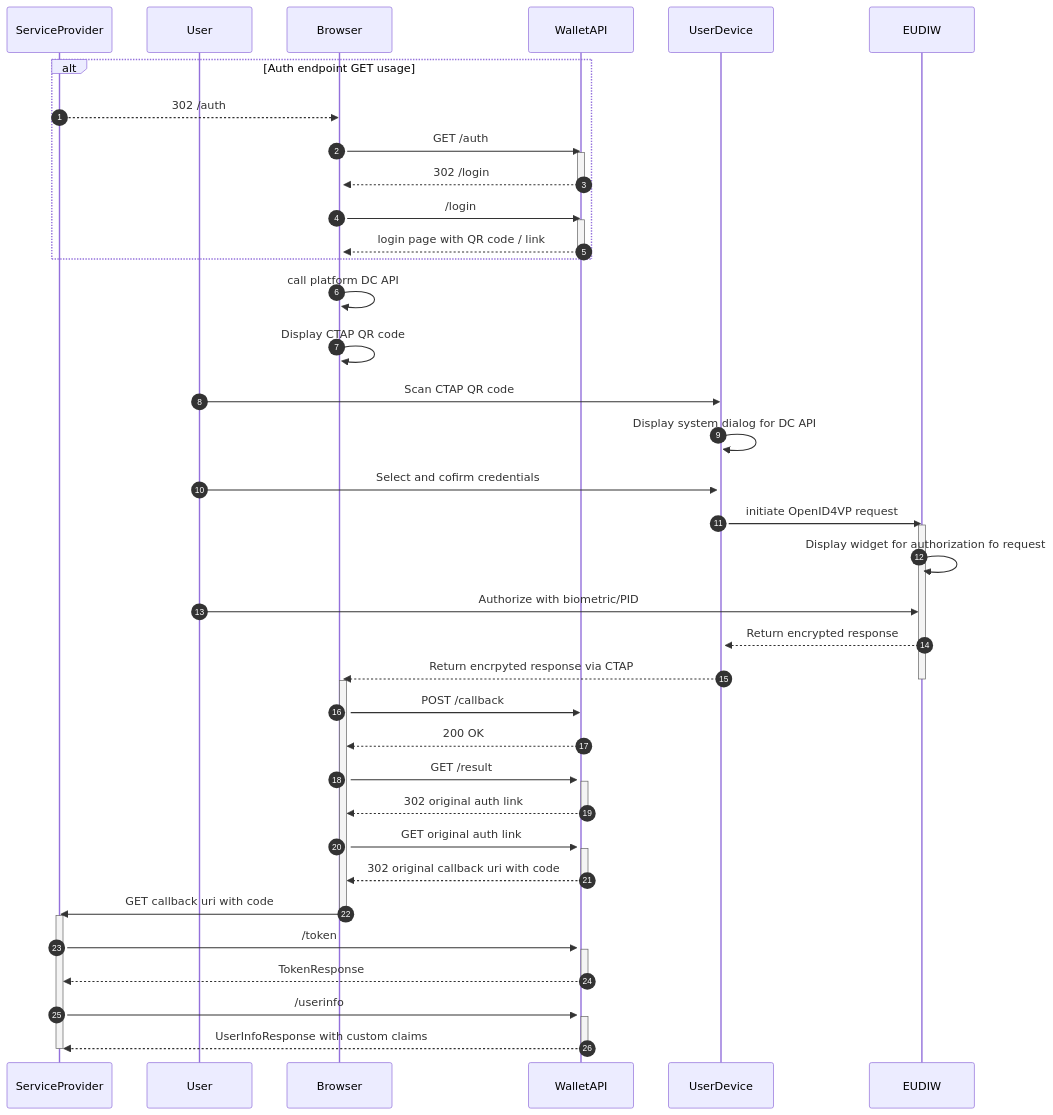
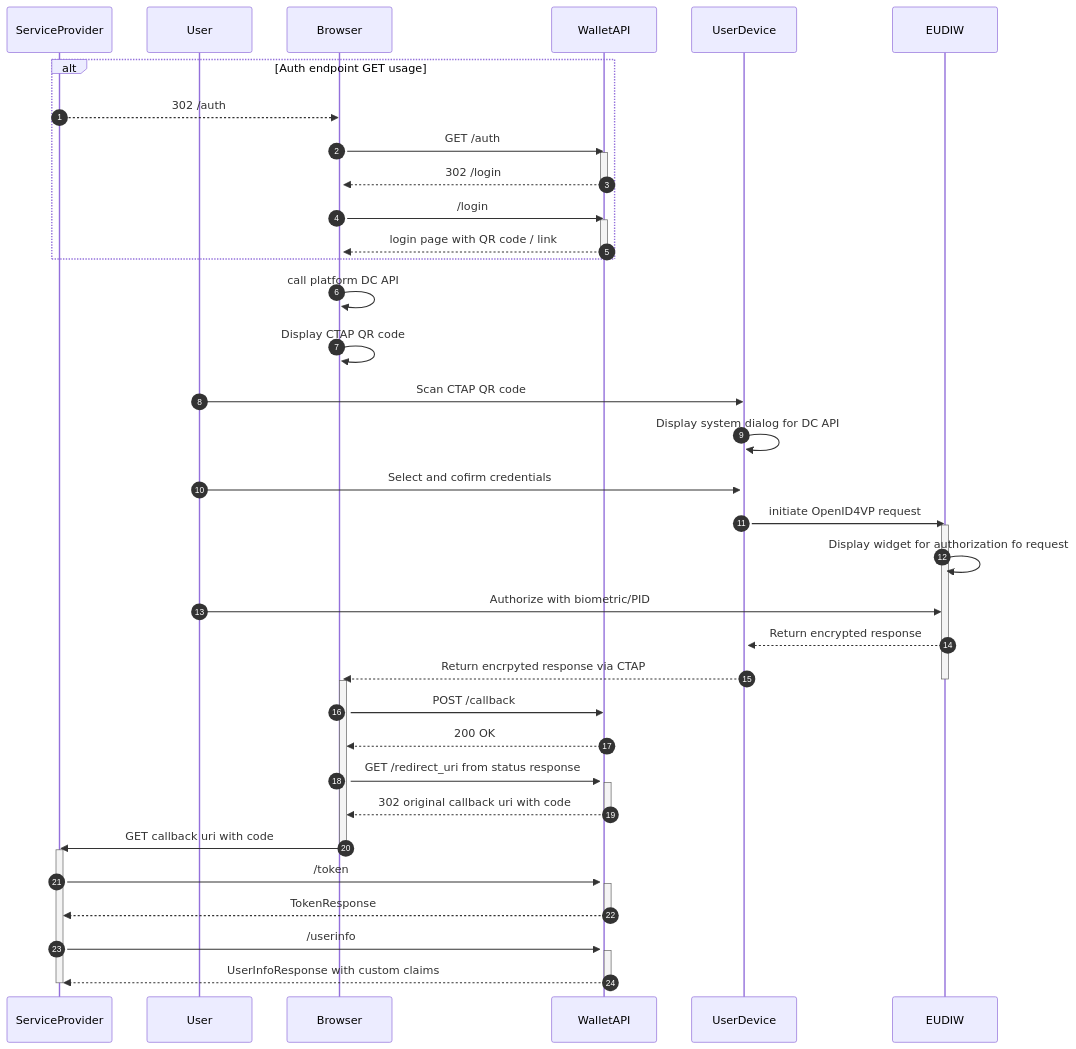
Before and after one commit to BankovniIdentita/wallet-api-docs: the diagram in docs/OpenID4VP_DCAPI_browser.mmd, drawn with Mermaid. The commit also changed 4 other files, not shown here.

Commit message:
Remove `/result` endpoint and update documentation to reflect `redirect_uri` handling improvements

```diff
--- a/docs/OpenID4VP_DCAPI_browser.mmd
+++ b/docs/OpenID4VP_DCAPI_browser.mmd
@@ -1,67 +1,58 @@
 sequenceDiagram
     autonumber
     participant ServiceProvider
     participant User
     participant Browser
     participant WalletAPI
     participant UserDevice
     participant EUDIW
 
     alt Auth endpoint GET usage
         ServiceProvider-->>Browser: 302 /auth
         activate Browser
         Browser->>WalletAPI: GET /auth
         activate WalletAPI
         WalletAPI-->>Browser: 302 /login
         deactivate WalletAPI
         Browser->>WalletAPI: /login
         activate WalletAPI
         WalletAPI-->>Browser: login page with QR code / link
         deactivate WalletAPI
 
     end
     Browser ->> Browser: call platform DC API
     Browser ->> Browser: Display CTAP QR code
     User ->> UserDevice: Scan CTAP QR code
     activate UserDevice
     UserDevice ->> UserDevice: Display system dialog for DC API
     User ->> UserDevice: Select and cofirm credentials
     UserDevice ->> EUDIW: initiate OpenID4VP request
     activate EUDIW
     EUDIW ->> EUDIW: Display widget for authorization fo request
     User ->> EUDIW: Authorize with biometric/PID
     EUDIW -->> UserDevice: Return encrypted response
     UserDevice -->> Browser: Return encrpyted response via CTAP
     deactivate EUDIW
     activate Browser
     Browser ->> WalletAPI: POST /callback
     activate WalletAPI
     WalletAPI -->> Browser: 200 OK
 
 
-
-
-
-
-
-    Browser->>WalletAPI: GET /result
-    activate WalletAPI
-    WalletAPI-->>Browser: 302 original auth link
-    deactivate WalletAPI
-    Browser->>WalletAPI: GET original auth link
+    Browser->>WalletAPI: GET /redirect_uri from status response
     activate WalletAPI
     WalletAPI-->>Browser: 302 original callback uri with code
     deactivate WalletAPI
     Browser->>ServiceProvider: GET callback uri with code
     deactivate Browser
 
     activate ServiceProvider
     ServiceProvider->>WalletAPI: /token
     activate WalletAPI
     WalletAPI-->>ServiceProvider: TokenResponse
     deactivate WalletAPI
     ServiceProvider->>WalletAPI: /userinfo
     activate WalletAPI
     WalletAPI-->>ServiceProvider: UserInfoResponse with custom claims
     deactivate WalletAPI
     deactivate ServiceProvider
```
